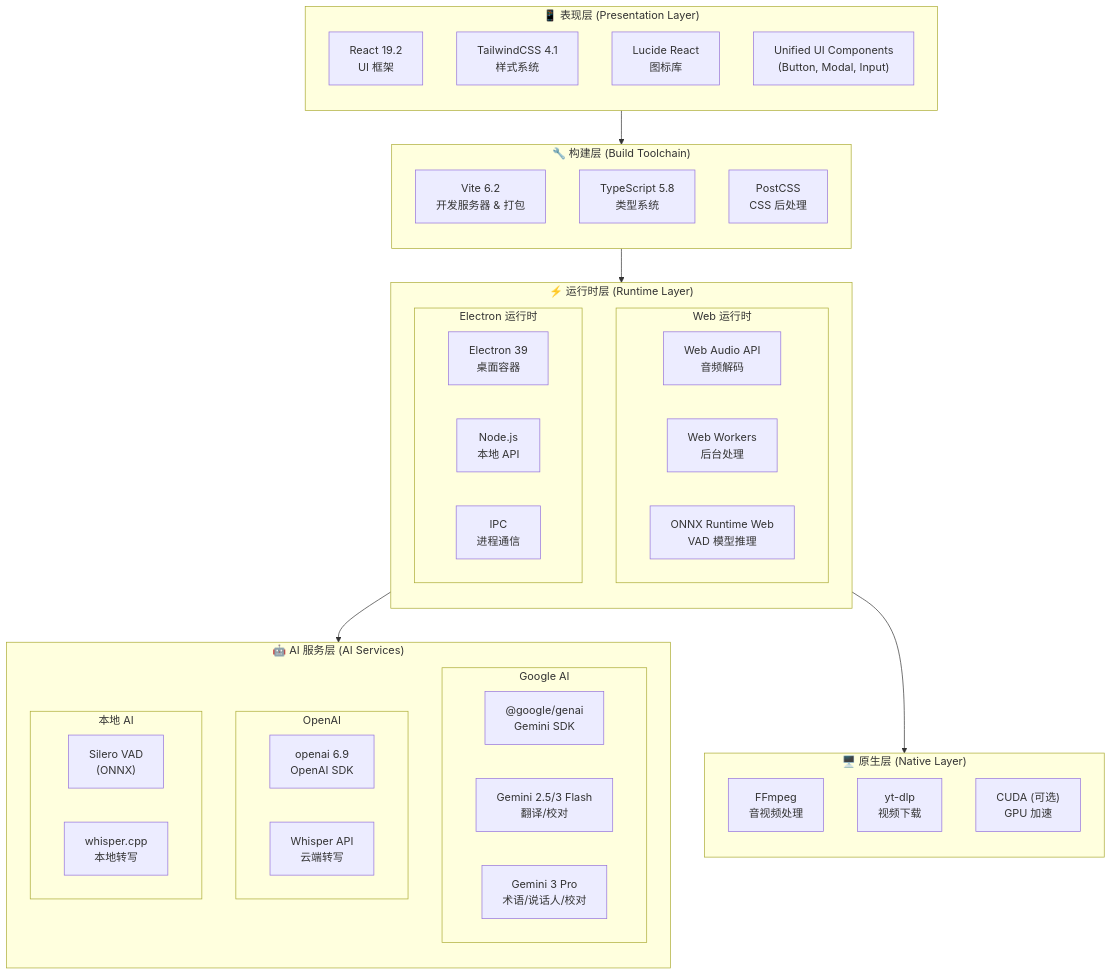
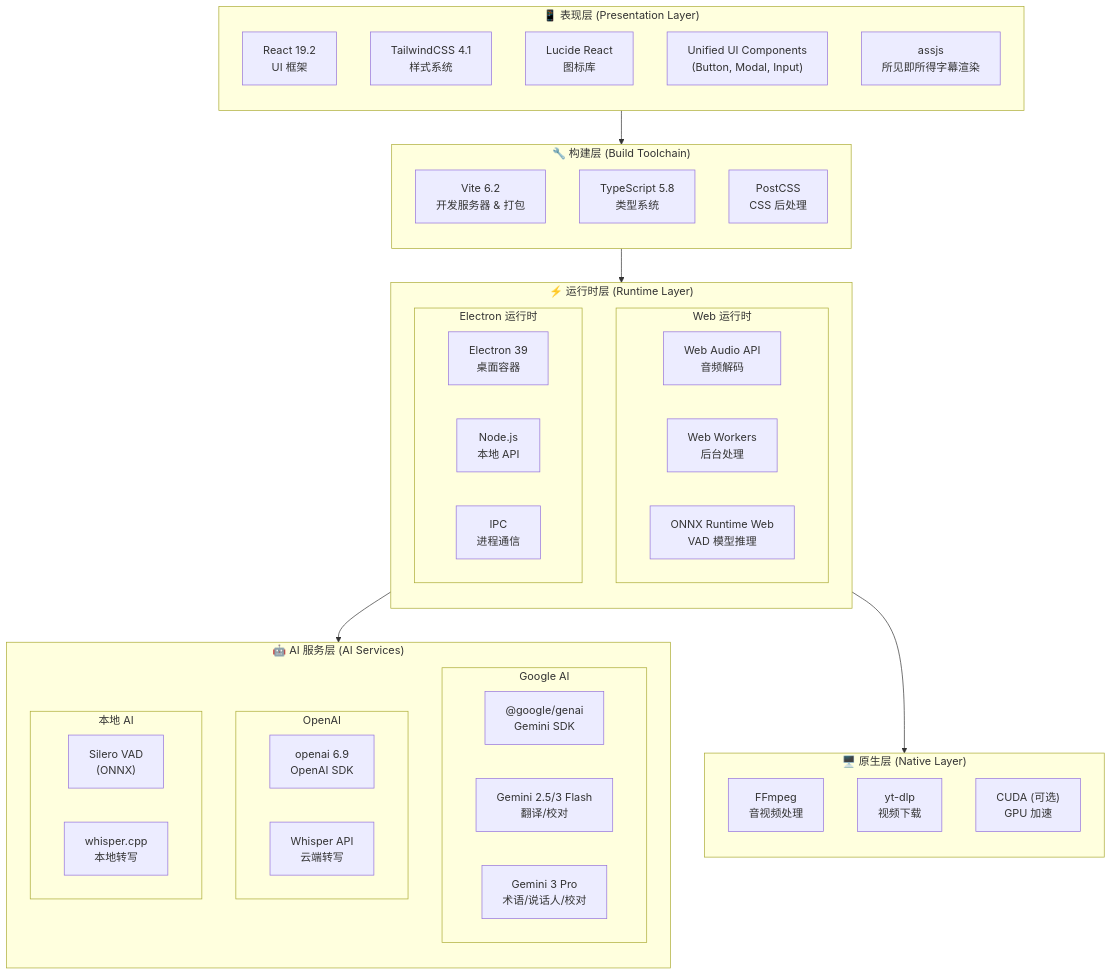
One commit to corvo007/MioSub changed the first of 15 diagrams in docs/ARCHITECTURE_zh.md. Above: the diagram before and after it, drawn with Mermaid. The commit also changed other lines of this file and 3 other files, not shown here.

First line of the commit message:
docs: update README and ARCHITECTURE documentation for v2.11.0

````diff
--- a/docs/ARCHITECTURE_zh.md
+++ b/docs/ARCHITECTURE_zh.md
@@ -18,65 +18,66 @@
 ```mermaid
 flowchart TB
     subgraph PRESENTATION["📱 表现层 (Presentation Layer)"]
         direction TB
         REACT["React 19.2<br/>UI 框架"]
         TAILWIND["TailwindCSS 4.1<br/>样式系统"]
         LUCIDE["Lucide React<br/>图标库"]
         UI_LIB["Unified UI Components<br/>(Button, Modal, Input)"]
+        ASSJS["assjs<br/>所见即所得字幕渲染"]
     end
 
     subgraph BUILD["🔧 构建层 (Build Toolchain)"]
         direction TB
         VITE["Vite 6.2<br/>开发服务器 & 打包"]
         TS["TypeScript 5.8<br/>类型系统"]
         POSTCSS["PostCSS<br/>CSS 后处理"]
     end
 
     subgraph RUNTIME["⚡ 运行时层 (Runtime Layer)"]
         direction TB
 
         subgraph WEB["Web 运行时"]
             WEB_AUDIO["Web Audio API<br/>音频解码"]
             WEB_WORKER["Web Workers<br/>后台处理"]
             ONNX["ONNX Runtime Web<br/>VAD 模型推理"]
         end
 
         subgraph ELECTRON_RT["Electron 运行时"]
             ELECTRON["Electron 39<br/>桌面容器"]
             NODE["Node.js<br/>本地 API"]
             IPC["IPC<br/>进程通信"]
         end
     end
 
     subgraph AI["🤖 AI 服务层 (AI Services)"]
         direction TB
 
         subgraph GOOGLE["Google AI"]
             GEMINI_SDK["@google/genai<br/>Gemini SDK"]
             FLASH["Gemini 2.5/3 Flash<br/>翻译/校对"]
             PRO["Gemini 3 Pro<br/>术语/说话人/校对"]
         end
 
         subgraph OPENAI_SVC["OpenAI"]
             OPENAI_SDK["openai 6.9<br/>OpenAI SDK"]
             WHISPER_API["Whisper API<br/>云端转写"]
         end
 
         subgraph LOCAL_AI["本地 AI"]
             VAD["Silero VAD<br/>(ONNX)"]
             WHISPER_CPP["whisper.cpp<br/>本地转写"]
         end
     end
 
     subgraph NATIVE["🖥️ 原生层 (Native Layer)"]
         direction TB
         FFMPEG_BIN["FFmpeg<br/>音视频处理"]
         YT_DLP["yt-dlp<br/>视频下载"]
         CUDA["CUDA (可选)<br/>GPU 加速"]
     end
 
     PRESENTATION --> BUILD
     BUILD --> RUNTIME
     RUNTIME --> AI
     ELECTRON_RT --> NATIVE
 ```
````
